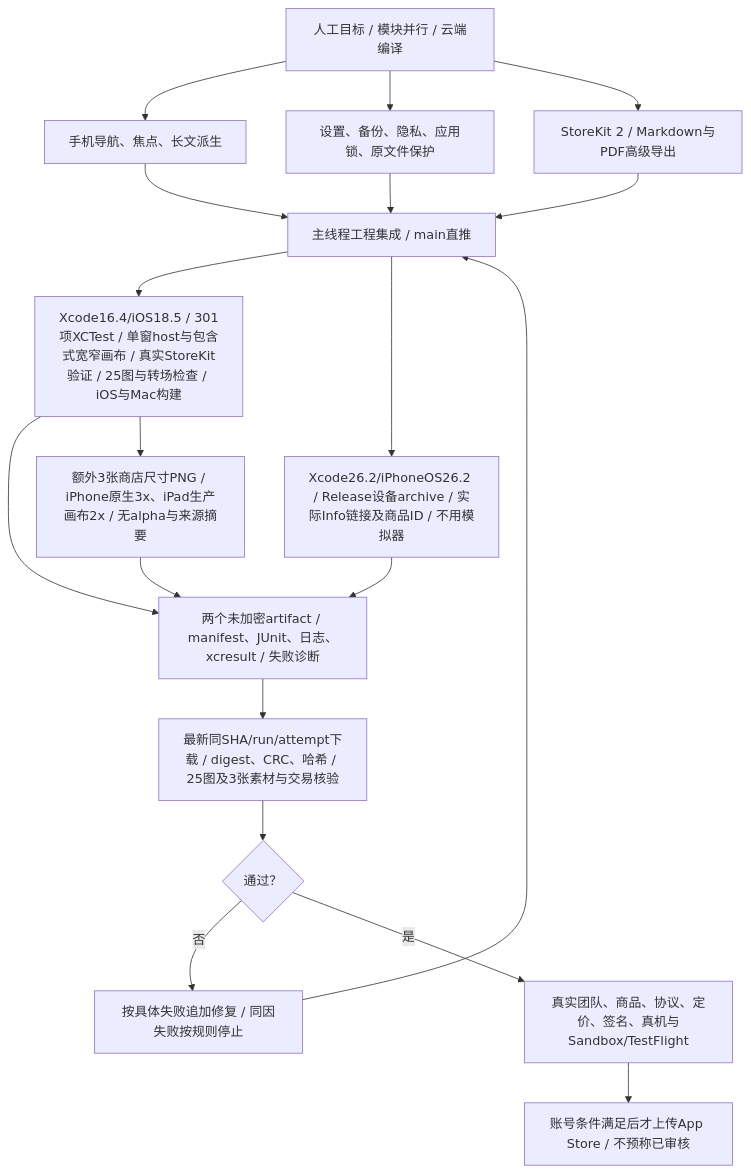
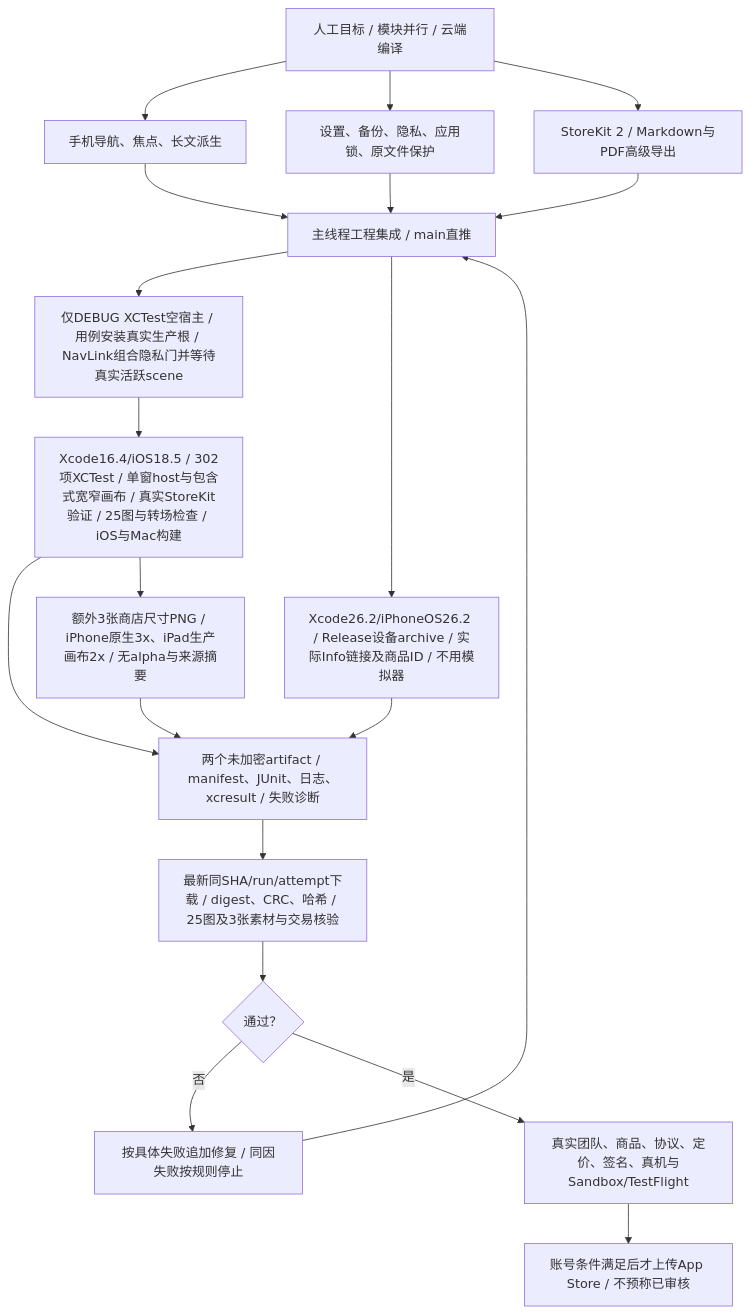
Before and after one commit to Altman-sam114/117: the fourth of 4 diagrams in md/flow/flowchart.md, drawn with Mermaid. The commit also changed other lines of this file and 8 other files, not shown here.

````diff
--- a/md/flow/flowchart.md
+++ b/md/flow/flowchart.md
@@ -65,21 +66,22 @@
 ```mermaid
 flowchart TD
   User["人工目标 / 模块并行 / 云端编译"] --> Mobile["手机导航、焦点、长文派生"]
   User --> Safety["设置、备份、隐私、应用锁、原文件保护"]
   User --> Pro["StoreKit 2 / Markdown与PDF高级导出"]
   Mobile --> Integrate["主线程工程集成 / main直推"]
   Safety --> Integrate
   Pro --> Integrate
-  Integrate --> Regression["Xcode16.4/iOS18.5 / 301项XCTest / 单窗host与包含式宽窄画布 / 真实StoreKit验证 / 25图与转场检查 / iOS与Mac构建"]
+  Integrate --> TestHost["仅DEBUG XCTest空宿主 / 用例安装真实生产根 / NavLink组合隐私门并等待真实活跃scene"]
+  TestHost --> Regression["Xcode16.4/iOS18.5 / 302项XCTest / 单窗host与包含式宽窄画布 / 真实StoreKit验证 / 25图与转场检查 / iOS与Mac构建"]
   Integrate --> Archive["Xcode26.2/iPhoneOS26.2 / Release设备archive / 实际Info链接及商品ID / 不用模拟器"]
   Regression --> Results["两个未加密artifact / manifest、JUnit、日志、xcresult / 失败诊断"]
   Archive --> Results
   Regression --> StoreImages["额外3张商店尺寸PNG / iPhone原生3x、iPad生产画布2x / 无alpha与来源摘要"]
   StoreImages --> Results
   Results --> Review["最新同SHA/run/attempt下载 / digest、CRC、哈希 / 25图及3张素材与交易核验"]
   Review --> Gate{"通过？"}
   Gate -- "否" --> Fix["按具体失败追加修复 / 同因失败按规则停止"]
   Fix --> Integrate
   Gate -- "是" --> Account["真实团队、商品、协议、定价、签名、真机与Sandbox/TestFlight"]
   Account --> Upload["账号条件满足后才上传App Store / 不预称已审核"]
 ```
````
